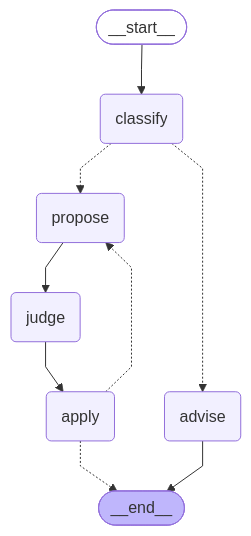
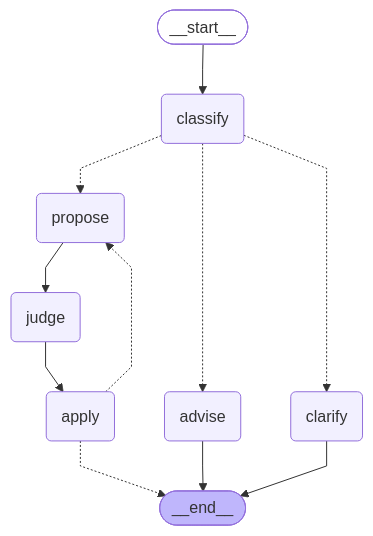
Before and after one commit to MatLock/UdeSA-lynq: the diagram in lynq-agent/README.md, drawn with Mermaid. The commit also changed other lines of this file and 18 other files, not shown here.

````diff
--- a/lynq-agent/README.md
+++ b/lynq-agent/README.md
@@ -57,26 +57,29 @@
 ```mermaid
 ---
 config:
   flowchart:
     curve: linear
 ---
 graph TD;
 	__start__([<p>__start__</p>]):::first
 	classify(classify)
+	clarify(clarify)
 	advise(advise)
 	propose(propose)
 	judge(judge)
 	apply(apply)
 	__end__([<p>__end__</p>]):::last
 	__start__ --> classify;
 	apply -.-> __end__;
 	apply -.-> propose;
 	classify -.-> advise;
+	classify -.-> clarify;
 	classify -.-> propose;
 	judge --> apply;
 	propose --> judge;
 	advise --> __end__;
+	clarify --> __end__;
 	classDef default fill:#f2f0ff,line-height:1.2
 	classDef first fill-opacity:0
 	classDef last fill:#bfb6fc
 ```
````
